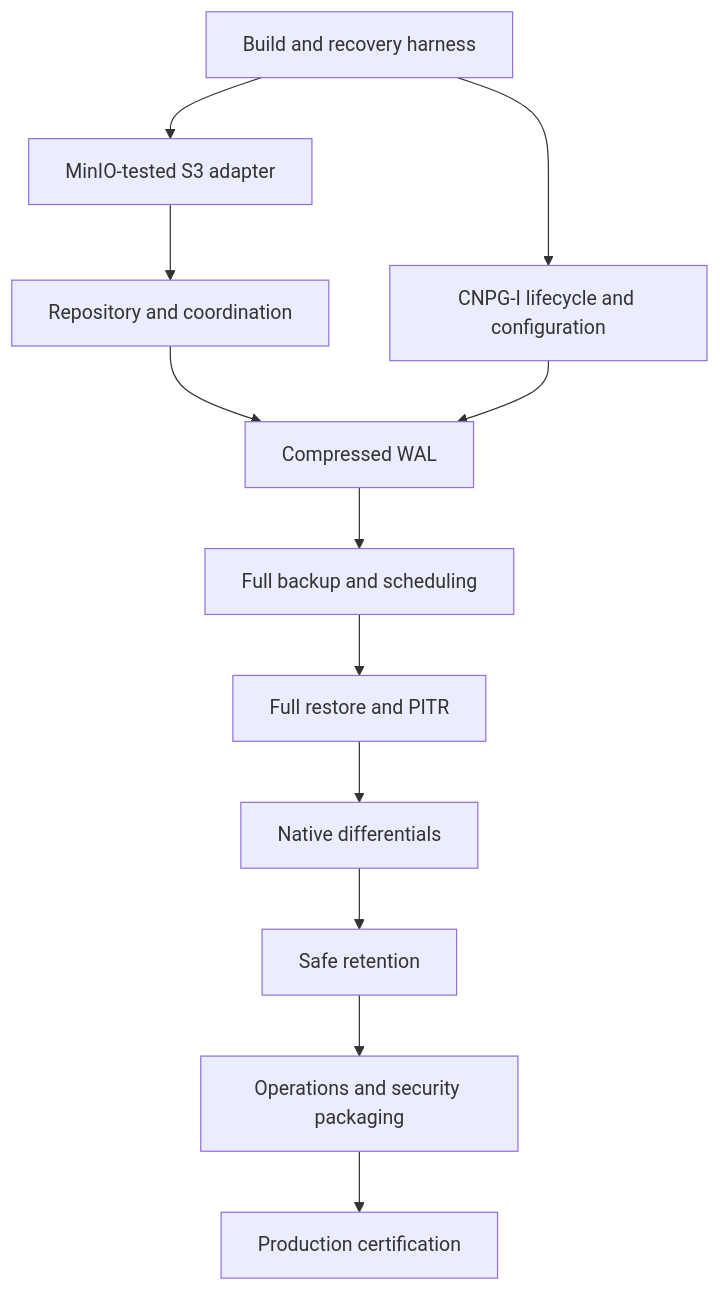
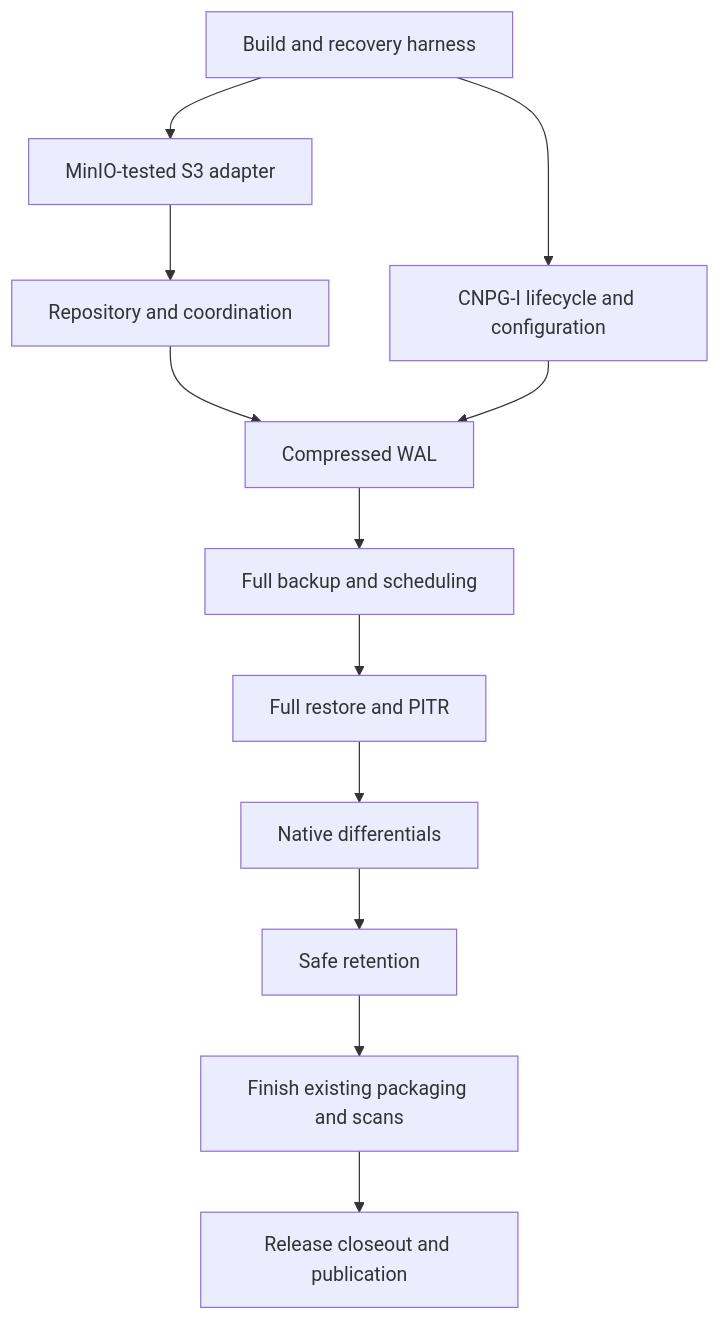
Before and after one commit to djosh34/cnpg_backup: the diagram in docs/pr-plan.md, drawn with Mermaid. The commit also changed other lines of this file and 2 other files, not shown here.

Commit message:
docs: reduce J/K to minimal unsigned release closeout

````diff
--- a/docs/pr-plan.md
+++ b/docs/pr-plan.md
@@ -218,14 +207,14 @@
 ```mermaid
 flowchart TD
   A[Build and recovery harness] --> B[MinIO-tested S3 adapter]
   A --> D[CNPG-I lifecycle and configuration]
   B --> C[Repository and coordination]
   C --> E[Compressed WAL]
   D --> E
   E --> F[Full backup and scheduling]
   F --> G[Full restore and PITR]
   G --> H[Native differentials]
   H --> I[Safe retention]
-  I --> J[Operations and security packaging]
-  J --> K[Production certification]
+  I --> J[Finish existing packaging and scans]
+  J --> K[Release closeout and publication]
 ```
````
